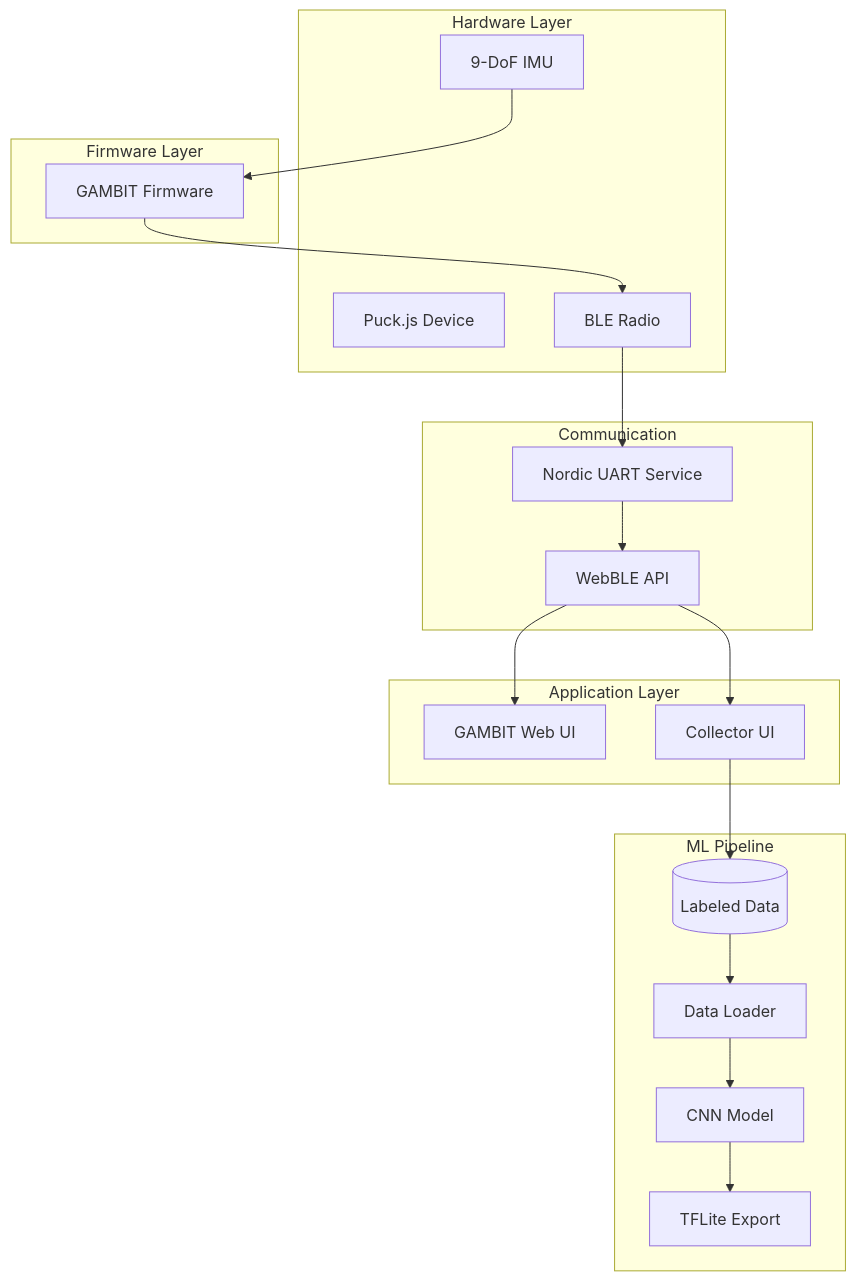
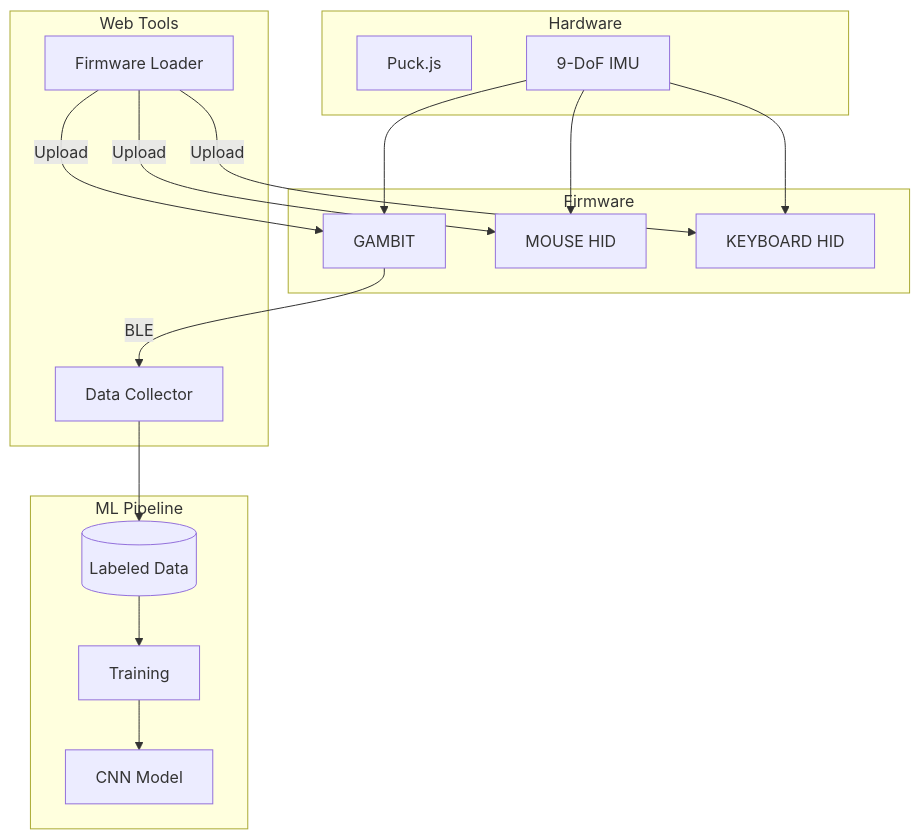
One commit to christopherdebeer/simcap changed the diagram in docs/README.md. Above: the diagram before and after it, drawn with Mermaid. The commit also changed other lines of this file and 7 other files, not shown here.

First line of the commit message:
Add BLE HID firmware and web-based firmware loader

````diff
--- a/docs/README.md
+++ b/docs/README.md
@@ -53,40 +56,35 @@
 ```mermaid
 graph TB
-    subgraph "Hardware Layer"
-        PUCK[Puck.js Device]
+    subgraph "Hardware"
+        PUCK[Puck.js]
         IMU[9-DoF IMU]
-        BLE[BLE Radio]
     end
 
-    subgraph "Firmware Layer"
-        GAMBIT[GAMBIT Firmware]
+    subgraph "Firmware"
+        GAMBIT[GAMBIT]
+        MOUSE[MOUSE HID]
+        KEYBOARD[KEYBOARD HID]
     end
 
-    subgraph "Communication"
-        NORDIC[Nordic UART Service]
-        WEBBLE[WebBLE API]
-    end
-
-    subgraph "Application Layer"
-        WEBUI[GAMBIT Web UI]
-        COLLECTOR[Collector UI]
+    subgraph "Web Tools"
+        FWLOADER[Firmware Loader]
+        COLLECTOR[Data Collector]
     end
 
     subgraph "ML Pipeline"
         DATA[(Labeled Data)]
-        LOADER[Data Loader]
+        TRAIN[Training]
         MODEL[CNN Model]
-        TFLITE[TFLite Export]
     end
 
     IMU --> GAMBIT
-    GAMBIT --> BLE
-    BLE --> NORDIC
-    NORDIC --> WEBBLE
-    WEBBLE --> WEBUI
-    WEBBLE --> COLLECTOR
+    IMU --> MOUSE
+    IMU --> KEYBOARD
+    FWLOADER --> |Upload| GAMBIT
+    FWLOADER --> |Upload| MOUSE
+    FWLOADER --> |Upload| KEYBOARD
+    GAMBIT --> |BLE| COLLECTOR
     COLLECTOR --> DATA
-    DATA --> LOADER
-    LOADER --> MODEL
-    MODEL --> TFLITE
+    DATA --> TRAIN
+    TRAIN --> MODEL
 ```
````
